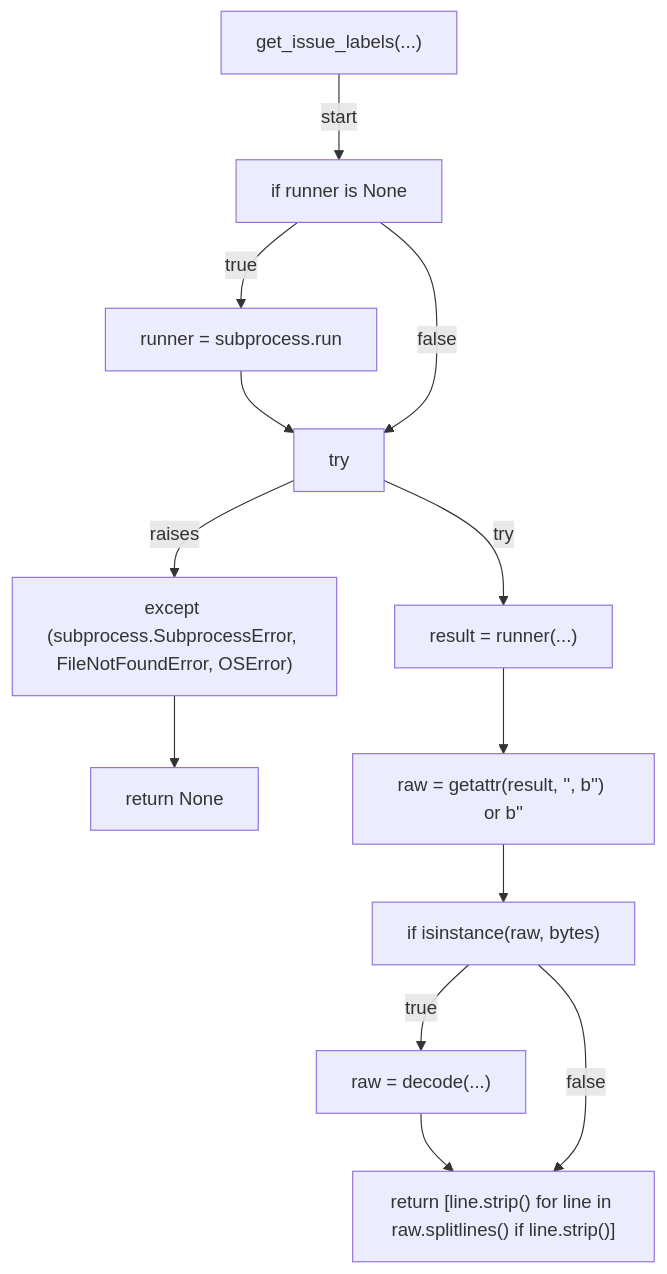
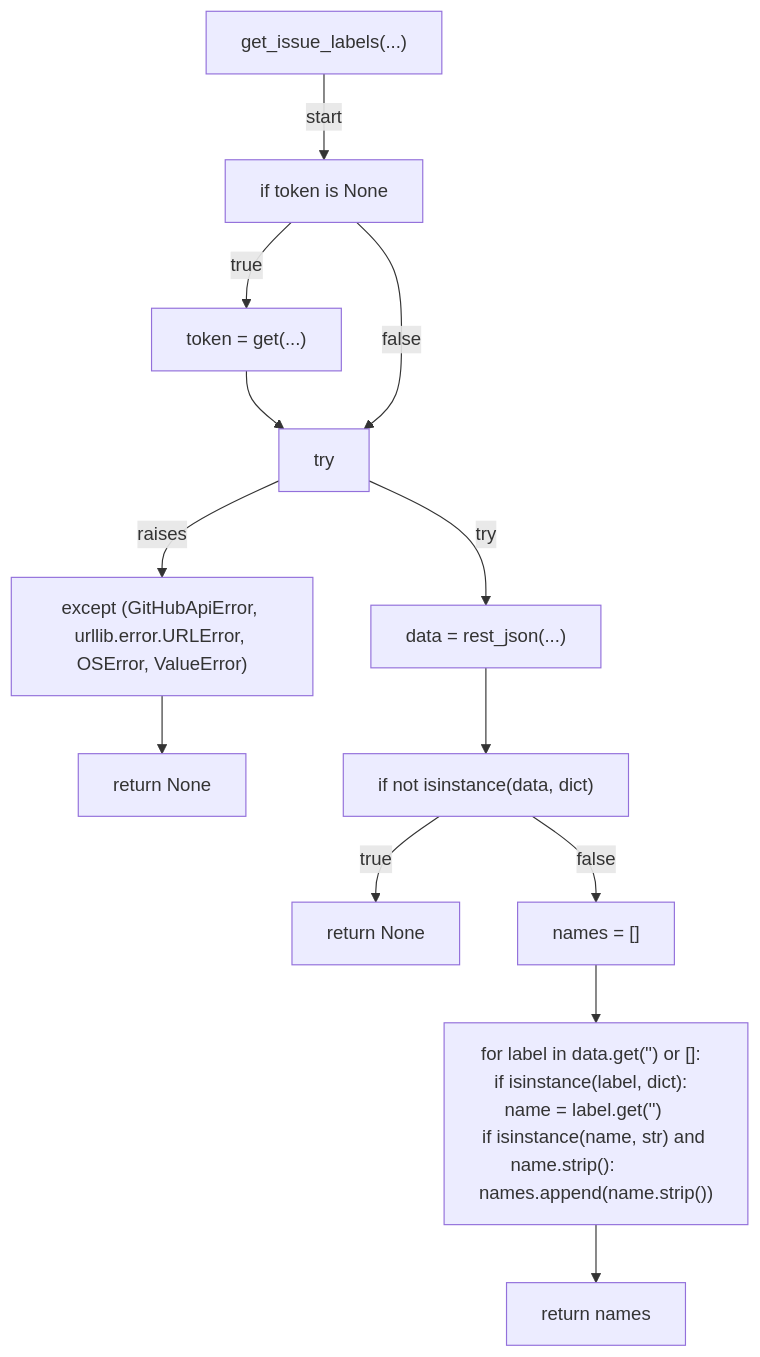
The seventh of 11 diagrams in docs/generated/scripts/ast/issue_link.md (tvna/claude-md), drawn with Mermaid before and after one commit. The commit also changed other lines of this file and 15 other files, not shown here.

First line of the commit message:
docs(generated): regenerate decision tree and workflow diagrams

````diff
--- a/docs/generated/scripts/ast/issue_link.md
+++ b/docs/generated/scripts/ast/issue_link.md
@@ -76,26 +76,27 @@
 ```mermaid
 flowchart TD
     N001["get_issue_labels(...)"]
-    N002["if runner is None"]
-    N003["runner = subprocess.run"]
+    N002["if token is None"]
+    N003["token = get(...)"]
     N004["try"]
-    N005["result = runner(...)"]
-    N006["except (subprocess.SubprocessError, FileNotFoundError, OSError)"]
+    N005["data = rest_json(...)"]
+    N006["except (GitHubApiError, urllib.error.URLError, OSError, ValueError)"]
     N007["return None"]
-    N008["raw = getattr(result, '<str>', b'') or b''"]
-    N009["if isinstance(raw, bytes)"]
-    N010["raw = decode(...)"]
-    N011["return [line.strip() for line in raw.splitlines() if line.strip()]"]
+    N008["if not isinstance(data, dict)"]
+    N009["return None"]
+    N010["names = []"]
+    N011["for label in data.get('<str>') or []:     if isinstance(label, dict):         name = label.get('<str>')         if isinstance(name, str) and name.strip():             names.append(name.strip())"]
+    N012["return names"]
     N001 -->|"start"| N002
     N002 -->|"true"| N003
     N003 --> N004
     N002 -->|"false"| N004
     N004 -->|"try"| N005
     N004 -->|"raises"| N006
     N006 --> N007
     N005 --> N008
-    N008 --> N009
-    N009 -->|"true"| N010
+    N008 -->|"true"| N009
+    N008 -->|"false"| N010
     N010 --> N011
-    N009 -->|"false"| N011
+    N011 --> N012
 ```
````
